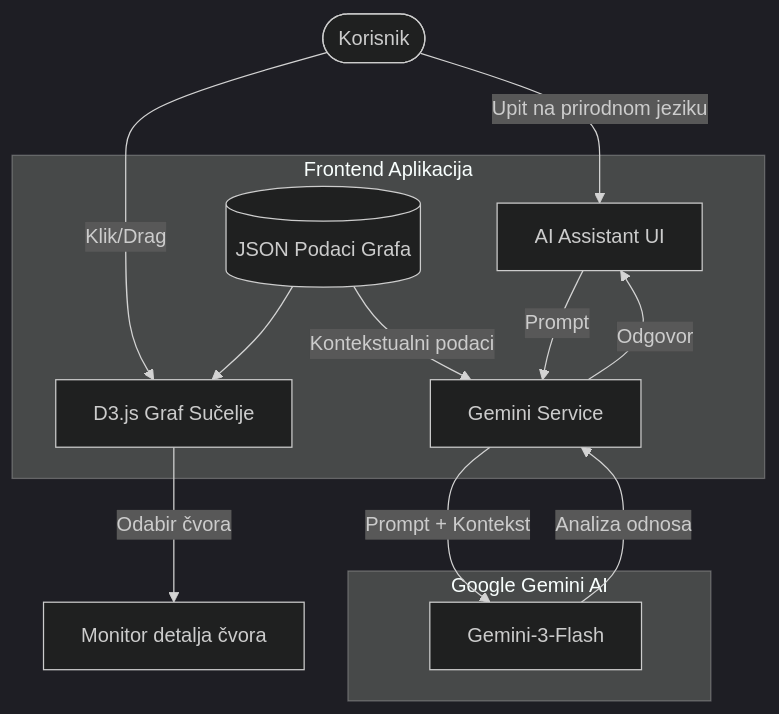
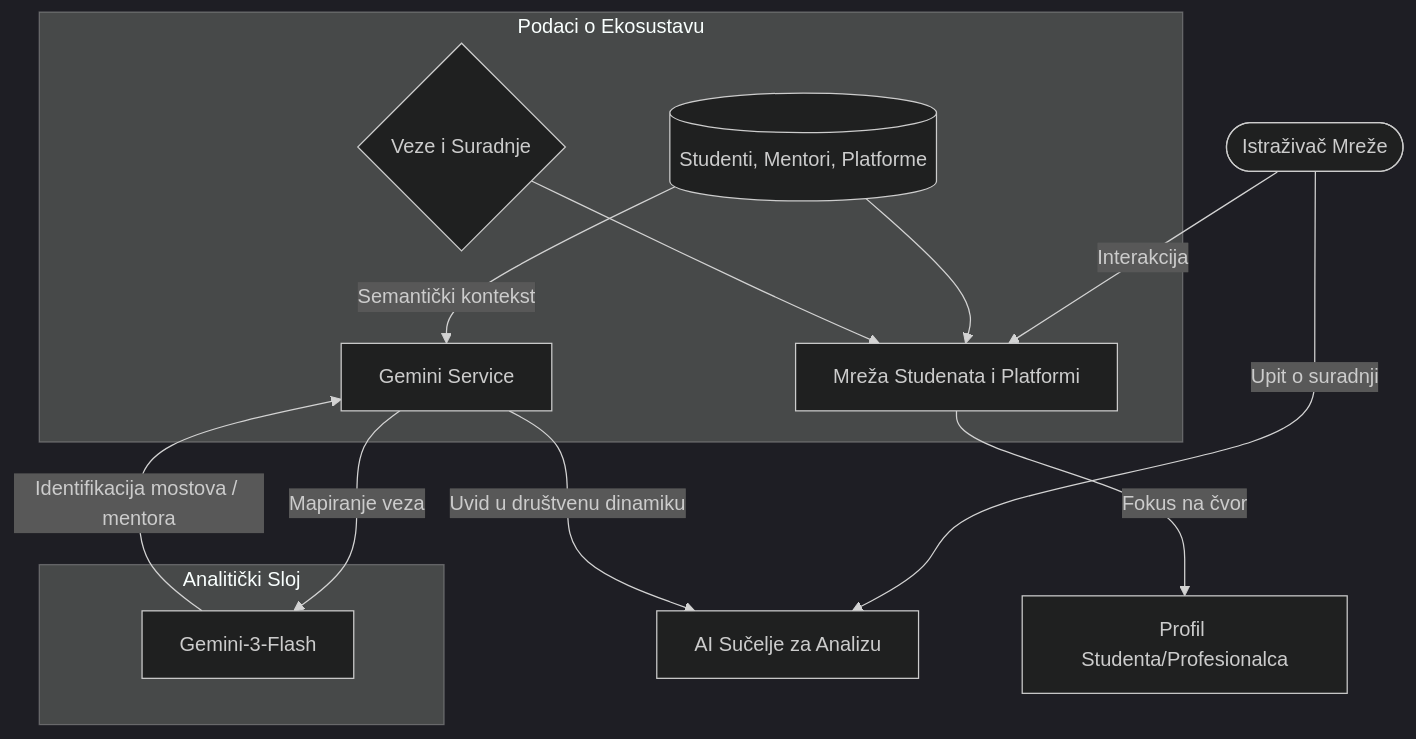
The diagram in report/report_1.md (emacupac18-ai/Dru-tvene-veze-u-Studentskom-novinarstvu), drawn with Mermaid (dark theme) before and after one commit. The commit also changed other lines of this file and 2 other files, not shown here.

Commit message:
refactor: Improve graph layout and node types
Adjusted force-directed graph parameters for better node distribution and introduced more specific node types (e.g., 'professional') to better represent the student ecosystem. Enhanced the visualization's responsiveness and data flow descriptions to align with the application's focus on network exploration.

````diff
--- a/report/report_1.md
+++ b/report/report_1.md
@@ -22,19 +22,19 @@
 ```mermaid
 graph TD
-    Korisnik([Korisnik]) -->|Klik/Drag| Graph[D3.js Graf Sučelje]
-    Korisnik -->|Upit na prirodnom jeziku| AI_UI[AI Assistant UI]
+    Korisnik([Istraživač Mreže]) -->|Interakcija| Graph[Mreža Studenata i Platformi]
+    Korisnik -->|Upit o suradnji| AI_UI[AI Sučelje za Analizu]
     
-    subgraph Frontend_Aplikacija [Frontend Aplikacija]
-        GraphData[(JSON Podaci Grafa)] --> Graph
-        GraphData -->|Kontekstualni podaci| AI_Service[Gemini Service]
-        AI_UI -->|Prompt| AI_Service
+    subgraph Struktura_Mreže [Podaci o Ekosustavu]
+        Nodes[(Studenti, Mentori, Platforme)] --> Graph
+        Links{Veze i Suradnje} --> Graph
+        Nodes -->|Semantički kontekst| AI_Service[Gemini Service]
     end
     
-    subgraph AI_Model [Google Gemini AI]
-        AI_Service -->|Prompt + Kontekst| LLM[Gemini-3-Flash]
-        LLM -->|Analiza odnosa| AI_Service
+    subgraph Inteligencija [Analitički Sloj]
+        AI_Service -->|Mapiranje veza| LLM[Gemini-3-Flash]
+        LLM -->|Identifikacija mostova / mentora| AI_Service
     end
     
-    AI_Service -->|Odgovor| AI_UI
-    Graph -->|Odabir čvora| Detalji[Monitor detalja čvora]
+    AI_Service -->|Uvid u društvenu dinamiku| AI_UI
+    Graph -->|Fokus na čvor| Detalji[Profil Studenta/Profesionalca]
 ```
````
